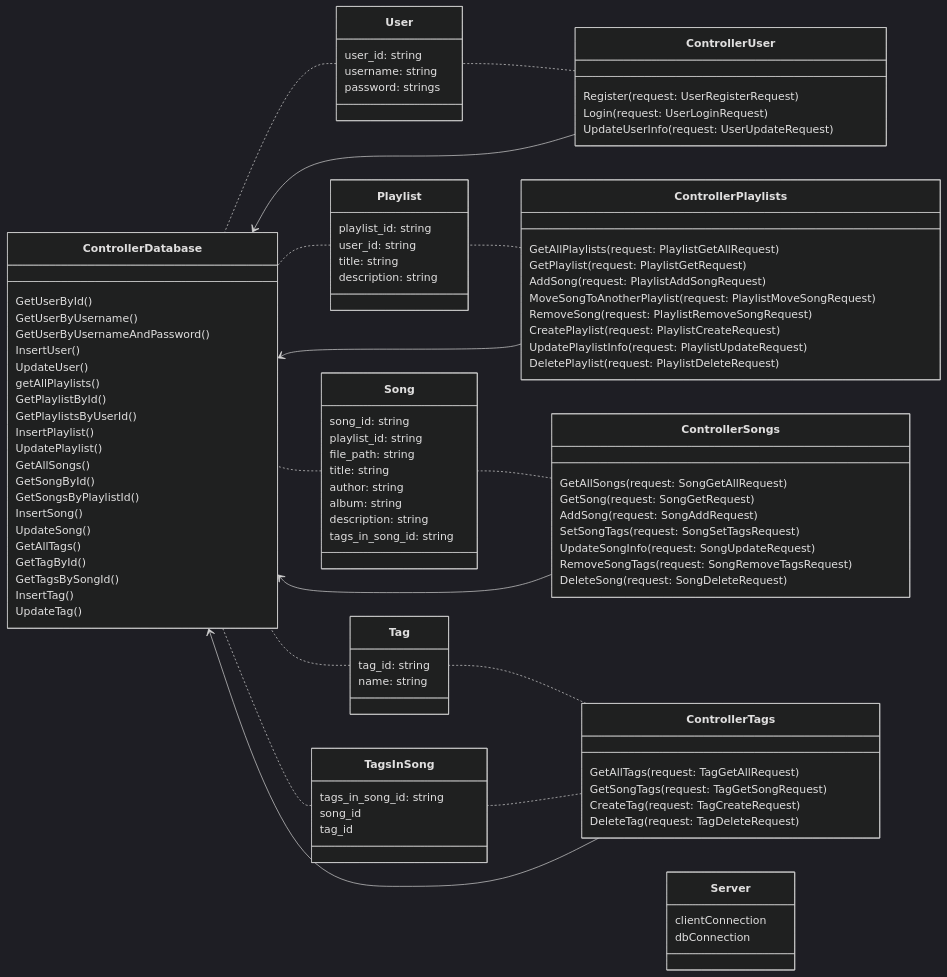
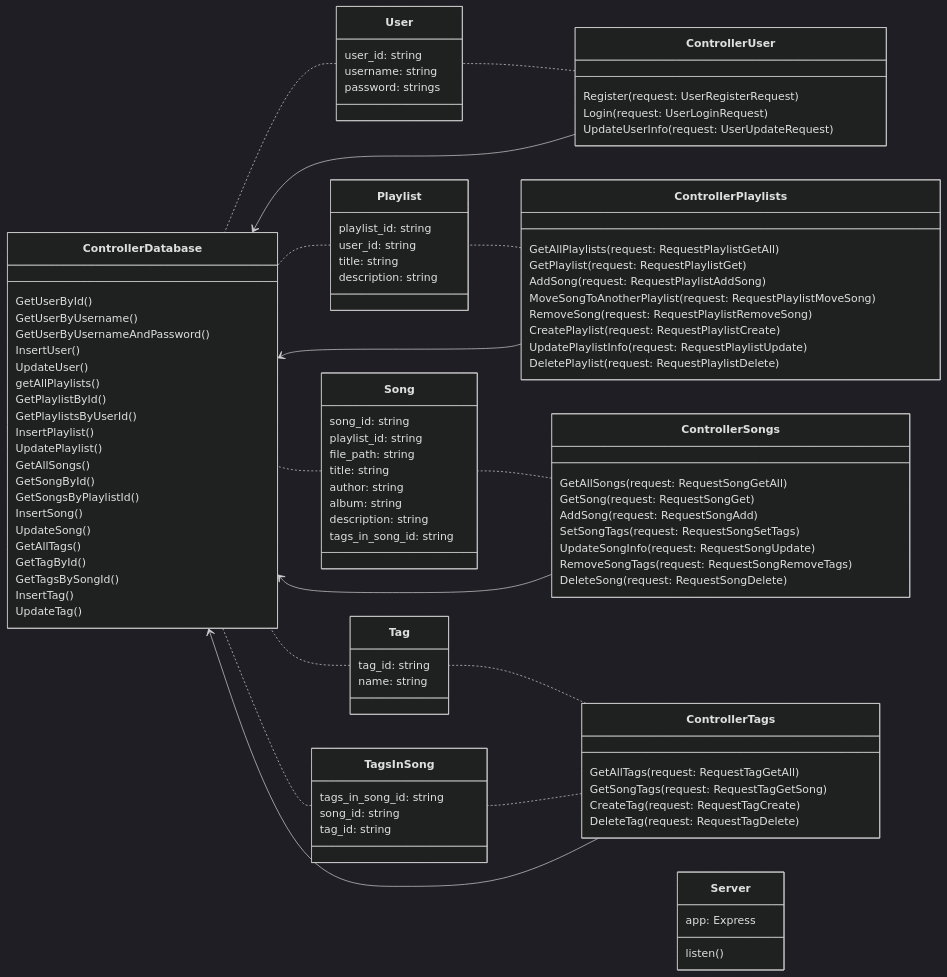
Before and after one commit to pukanjourpour/typescript-learning-task: the diagram in backend/diagrams/architecture.md, drawn with Mermaid (dark theme).

Commit message:
fix: architecture.md updated

```diff
--- a/backend/diagrams/architecture.md
+++ b/backend/diagrams/architecture.md
@@ -15,13 +15,13 @@
     ControllerTags.. TagsInSong
 
      ControllerUser --> ControllerDatabase
-     ControllerSongs--> ControllerDatabase
-     ControllerPlaylists--> ControllerDatabase
-     ControllerTags--> ControllerDatabase
+     ControllerSongs --> ControllerDatabase
+     ControllerPlaylists --> ControllerDatabase
+     ControllerTags --> ControllerDatabase
 
     class Server {
-        clientConnection
-        dbConnection
+        app: Express
+        listen()
     }
 
     class ControllerUser{
@@ -31,31 +31,31 @@
     }
     
     class ControllerSongs {
-        GetAllSongs(request: SongGetAllRequest)
-        GetSong(request: SongGetRequest)
-        AddSong(request: SongAddRequest)
-        SetSongTags(request: SongSetTagsRequest)
-        UpdateSongInfo(request: SongUpdateRequest)
-        RemoveSongTags(request: SongRemoveTagsRequest)
-        DeleteSong(request: SongDeleteRequest)
+        GetAllSongs(request: RequestSongGetAll)
+        GetSong(request: RequestSongGet)
+        AddSong(request: RequestSongAdd)
+        SetSongTags(request: RequestSongSetTags)
+        UpdateSongInfo(request: RequestSongUpdate)
+        RemoveSongTags(request: RequestSongRemoveTags)
+        DeleteSong(request: RequestSongDelete)
     }
     
     class ControllerPlaylists {
-        GetAllPlaylists(request: PlaylistGetAllRequest)
-        GetPlaylist(request: PlaylistGetRequest)
-        AddSong(request: PlaylistAddSongRequest)
-        MoveSongToAnotherPlaylist(request: PlaylistMoveSongRequest)
-        RemoveSong(request: PlaylistRemoveSongRequest)
-        CreatePlaylist(request: PlaylistCreateRequest)
-        UpdatePlaylistInfo(request: PlaylistUpdateRequest)
-        DeletePlaylist(request: PlaylistDeleteRequest)
+        GetAllPlaylists(request: RequestPlaylistGetAll)
+        GetPlaylist(request: RequestPlaylistGet)
+        AddSong(request: RequestPlaylistAddSong)
+        MoveSongToAnotherPlaylist(request: RequestPlaylistMoveSong)
+        RemoveSong(request: RequestPlaylistRemoveSong)
+        CreatePlaylist(request: RequestPlaylistCreate)
+        UpdatePlaylistInfo(request: RequestPlaylistUpdate)
+        DeletePlaylist(request: RequestPlaylistDelete)
     }
     
     class ControllerTags {
-        GetAllTags(request: TagGetAllRequest)
-        GetSongTags(request: TagGetSongRequest)
-        CreateTag(request: TagCreateRequest)
-        DeleteTag(request: TagDeleteRequest)
+        GetAllTags(request: RequestTagGetAll)
+        GetSongTags(request: RequestTagGetSong)
+        CreateTag(request: RequestTagCreate)
+        DeleteTag(request: RequestTagDelete)
     }
     
     class ControllerDatabase{
@@ -106,8 +106,8 @@
     
     class TagsInSong {
         tags_in_song_id: string
-        song_id
-        tag_id
+        song_id: string
+        tag_id: string
     }
     
     class User {
```
